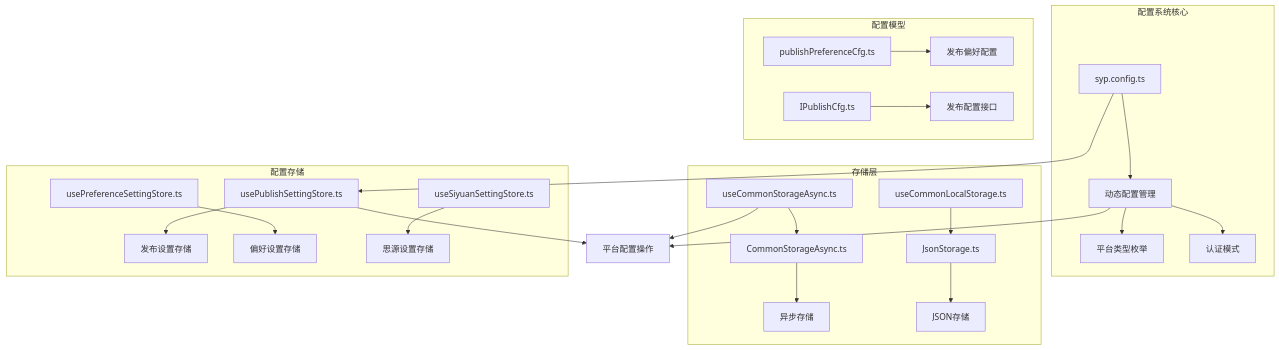
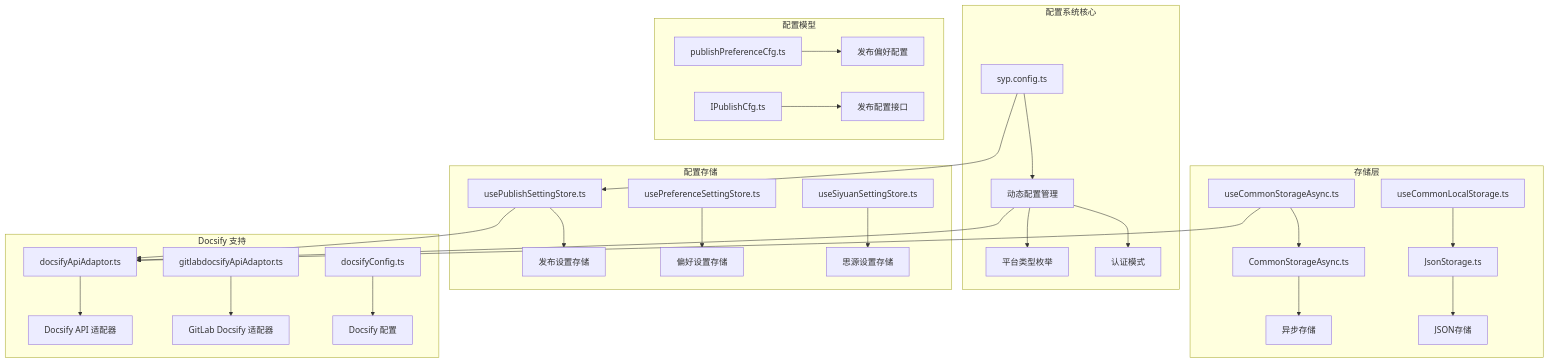
The first of 12 diagrams in .qoder/repowiki/zh/content/Platform Configuration System.md (terwer/siyuan-plugin-publisher), drawn with Mermaid before and after one commit. The commit also changed other lines of this file and 2 other files, not shown here.

First line of the commit message:
feat(platform): add Docsify subplatform support for static site adapters

````diff
--- a/.qoder/repowiki/zh/content/Platform Configuration System.md
+++ b/.qoder/repowiki/zh/content/Platform Configuration System.md
@@ -44,27 +61,32 @@
 ```mermaid
 graph TB
 subgraph "配置系统核心"
 A[syp.config.ts] --> B[动态配置管理]
 B --> C[平台类型枚举]
 B --> D[认证模式]
 end
 subgraph "存储层"
 E[useCommonStorageAsync.ts] --> F[CommonStorageAsync.ts]
 G[useCommonLocalStorage.ts] --> H[JsonStorage.ts]
 F --> I[异步存储]
 H --> J[JSON存储]
 end
 subgraph "配置存储"
 K[usePublishSettingStore.ts] --> L[发布设置存储]
 M[usePreferenceSettingStore.ts] --> N[偏好设置存储]
 O[useSiyuanSettingStore.ts] --> P[思源设置存储]
 end
 subgraph "配置模型"
 Q[publishPreferenceCfg.ts] --> R[发布偏好配置]
 S[IPublishCfg.ts] --> T[发布配置接口]
 end
+subgraph "Docsify 支持"
+U[docsifyApiAdaptor.ts] --> V[Docsify API 适配器]
+W[gitlabdocsifyApiAdaptor.ts] --> X[GitLab Docsify 适配器]
+Y[docsifyConfig.ts] --> Z[Docsify 配置]
+end
 A --> K
-B --> U[平台配置操作]
+B --> U
 E --> U
 K --> U
 ```
````
